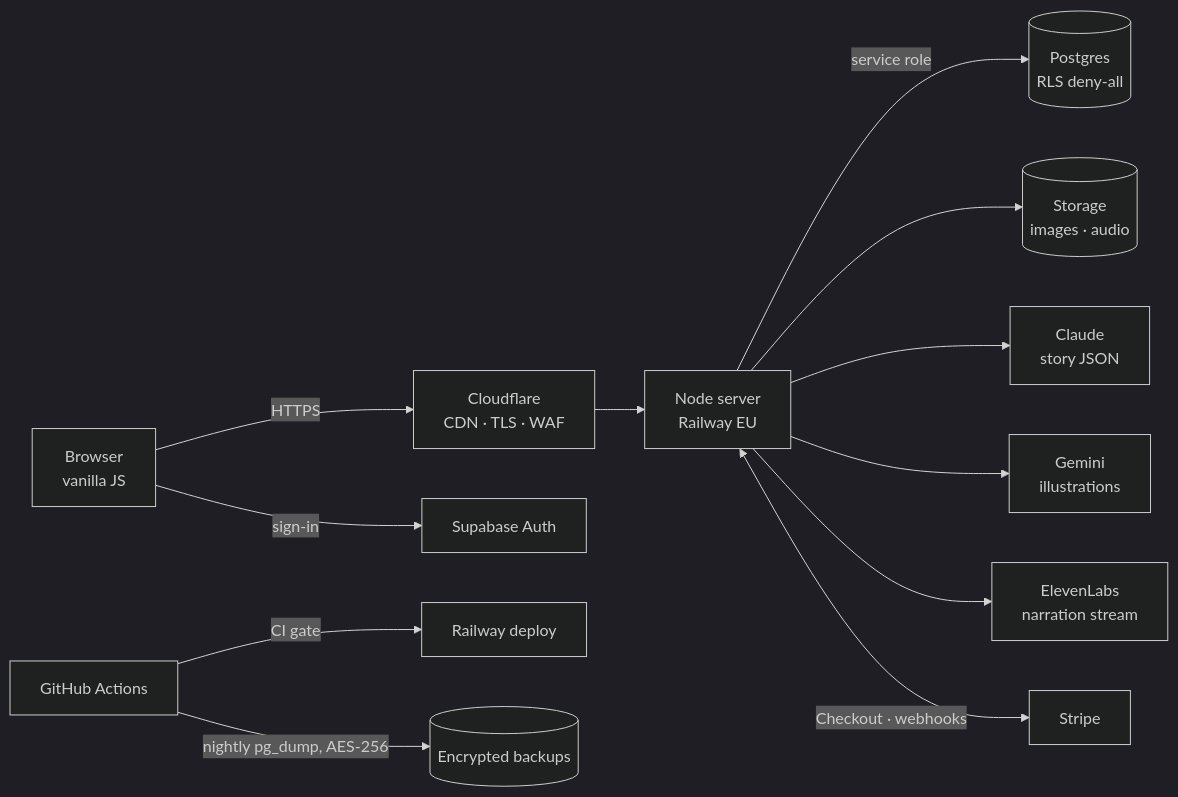
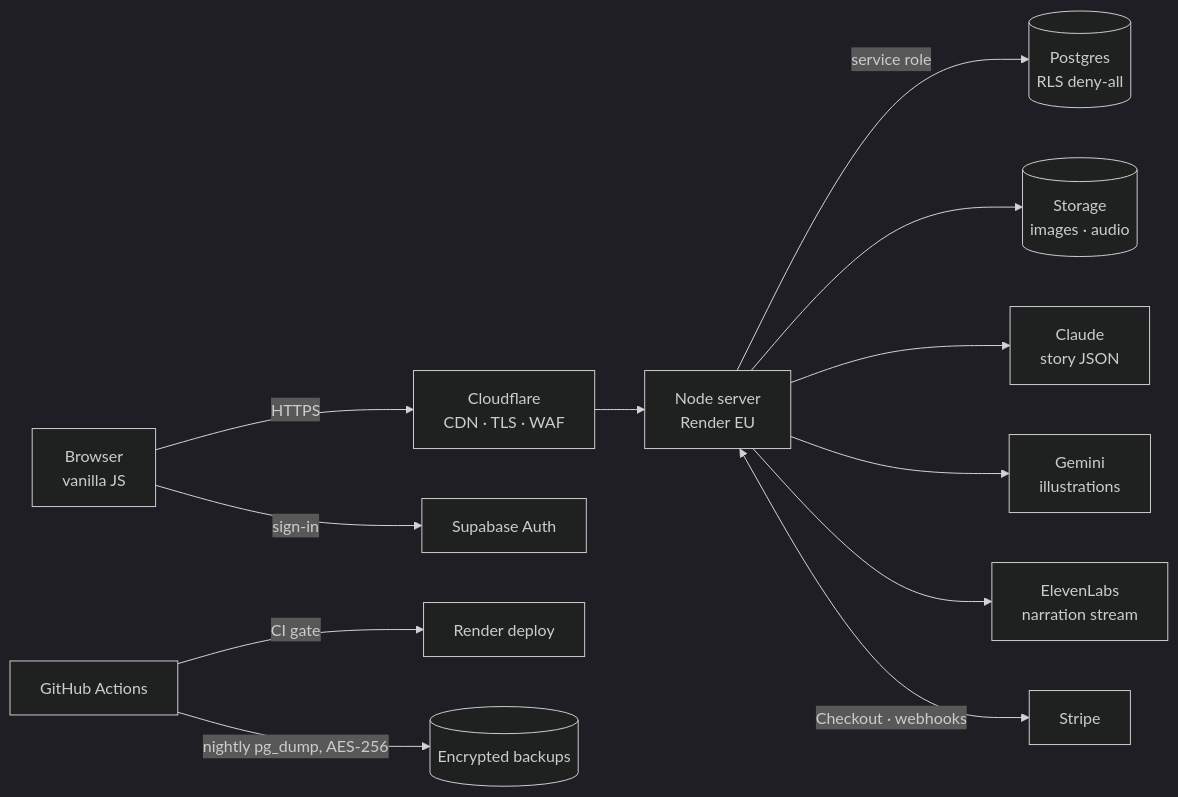
One commit to heriamezcua/mascotadas changed the diagram in README.md. Above: the diagram before and after it, drawn with Mermaid (dark theme). The commit also changed other lines of this file and 3 other files, not shown here.

````diff
--- a/README.md
+++ b/README.md
@@ -42,14 +42,14 @@
 ```mermaid
 flowchart LR
   B[Browser<br/>vanilla JS] -->|HTTPS| CF[Cloudflare<br/>CDN · TLS · WAF]
-  CF --> S[Node server<br/>Railway EU]
+  CF --> S[Node server<br/>Render EU]
   B -->|sign-in| SA[Supabase Auth]
   S -->|service role| DB[(Postgres<br/>RLS deny-all)]
   S --> ST[(Storage<br/>images · audio)]
   S --> C[Claude<br/>story JSON]
   S --> G[Gemini<br/>illustrations]
   S --> E[ElevenLabs<br/>narration stream]
   S <-->|Checkout · webhooks| P[Stripe]
-  GH[GitHub Actions] -->|CI gate| R[Railway deploy]
+  GH[GitHub Actions] -->|CI gate| R[Render deploy]
   GH -->|nightly pg_dump, AES-256| BK[(Encrypted backups)]
 ```
````
